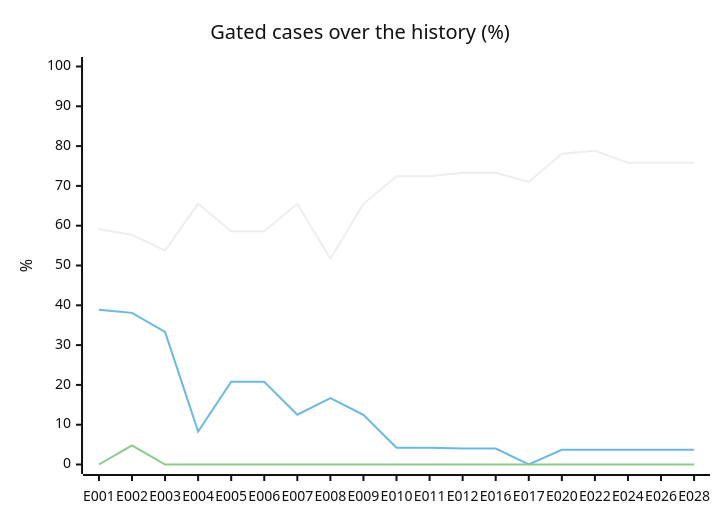
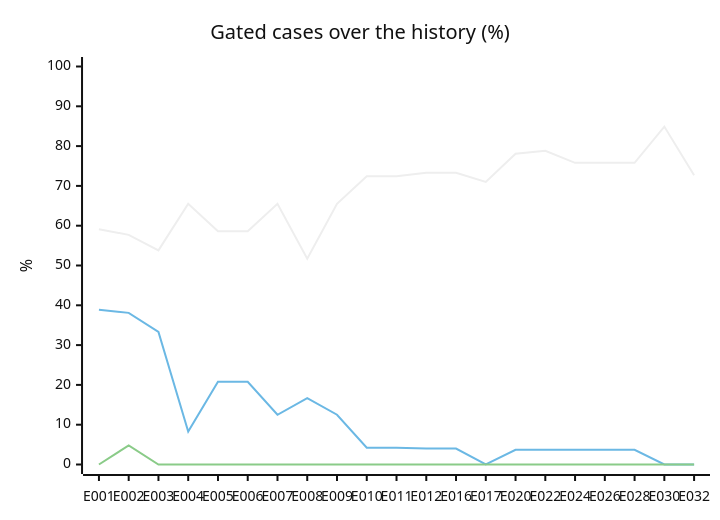
Before and after one commit to acarbonellb/anti-fraud-agent: the second of 2 diagrams in evals/report.md, drawn with Mermaid (neutral theme). The commit also changed other lines of this file and 216 other files, not shown here.

````diff
--- a/evals/report.md
+++ b/evals/report.md
@@ -149,9 +157,9 @@
 ```mermaid
 xychart-beta
   title "Gated cases over the history (%)"
-  x-axis [E001, E002, E003, E004, E005, E006, E007, E008, E009, E010, E011, E012, E016, E017, E020, E022, E024, E026, E028]
+  x-axis [E001, E002, E003, E004, E005, E006, E007, E008, E009, E010, E011, E012, E016, E017, E020, E022, E024, E026, E028, E030, E032]
   y-axis "%" 0 --> 100
-  line [59.1, 57.7, 53.8, 65.5, 58.6, 58.6, 65.5, 51.7, 65.5, 72.4, 72.4, 73.3, 73.3, 71, 78.1, 78.8, 75.8, 75.8, 75.8]
-  line [38.9, 38.1, 33.3, 8.3, 20.8, 20.8, 12.5, 16.7, 12.5, 4.2, 4.2, 4, 4, 0, 3.7, 3.7, 3.7, 3.7, 3.7]
-  line [0, 4.8, 0, 0, 0, 0, 0, 0, 0, 0, 0, 0, 0, 0, 0, 0, 0, 0, 0]
+  line [59.1, 57.7, 53.8, 65.5, 58.6, 58.6, 65.5, 51.7, 65.5, 72.4, 72.4, 73.3, 73.3, 71, 78.1, 78.8, 75.8, 75.8, 75.8, 84.9, 72.7]
+  line [38.9, 38.1, 33.3, 8.3, 20.8, 20.8, 12.5, 16.7, 12.5, 4.2, 4.2, 4, 4, 0, 3.7, 3.7, 3.7, 3.7, 3.7, 0, 0]
+  line [0, 4.8, 0, 0, 0, 0, 0, 0, 0, 0, 0, 0, 0, 0, 0, 0, 0, 0, 0, 0, 0]
 ```
````
